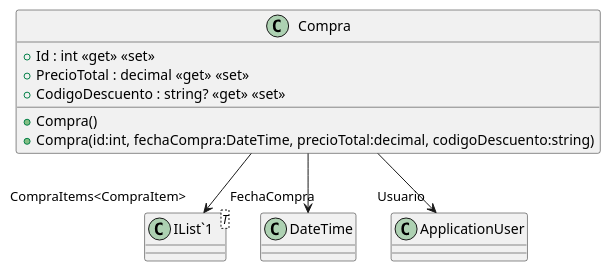
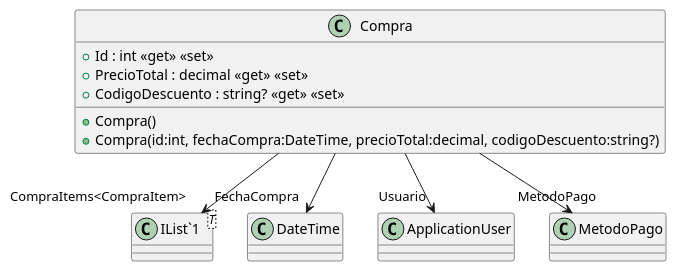
The diagram in src/AppForSEII.API/ClassDiagram/Compra.puml (ISII2627LosGremlins/ISII2627LosGremlins), drawn with PlantUML before and after one commit. The commit also changed 6 other files, not shown here.

Commit message:
Cambios en Compra y diagrama CU1 terminado

```diff
--- a/src/AppForSEII.API/ClassDiagram/Compra.puml
+++ b/src/AppForSEII.API/ClassDiagram/Compra.puml
@@ -1,14 +1,15 @@
 @startuml
 class Compra {
     + Compra()
-    + Compra(id:int, fechaCompra:DateTime, precioTotal:decimal, codigoDescuento:string)
+    + Compra(id:int, fechaCompra:DateTime, precioTotal:decimal, codigoDescuento:string?)
     + Id : int <<get>> <<set>>
     + PrecioTotal : decimal <<get>> <<set>>
     + CodigoDescuento : string? <<get>> <<set>>
 }
 class "IList`1"<T> {
 }
 Compra --> "FechaCompra" DateTime
 Compra --> "CompraItems<CompraItem>" "IList`1"
 Compra --> "Usuario" ApplicationUser
+Compra --> "MetodoPago" MetodoPago
 @enduml
```
